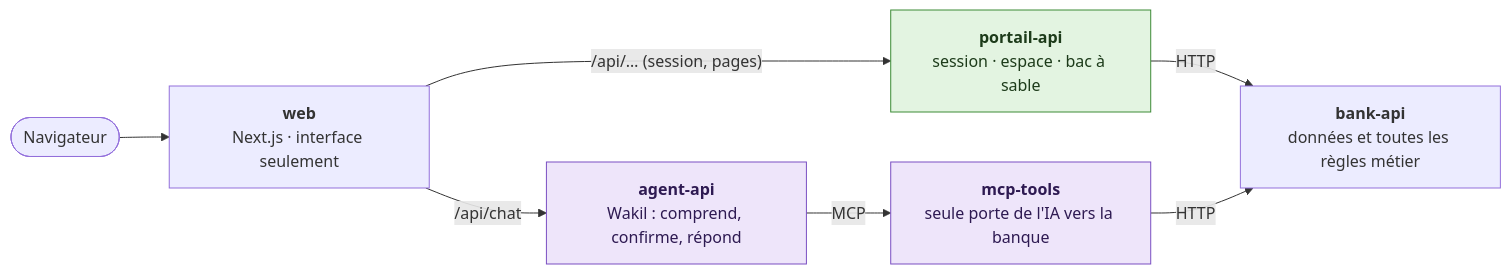
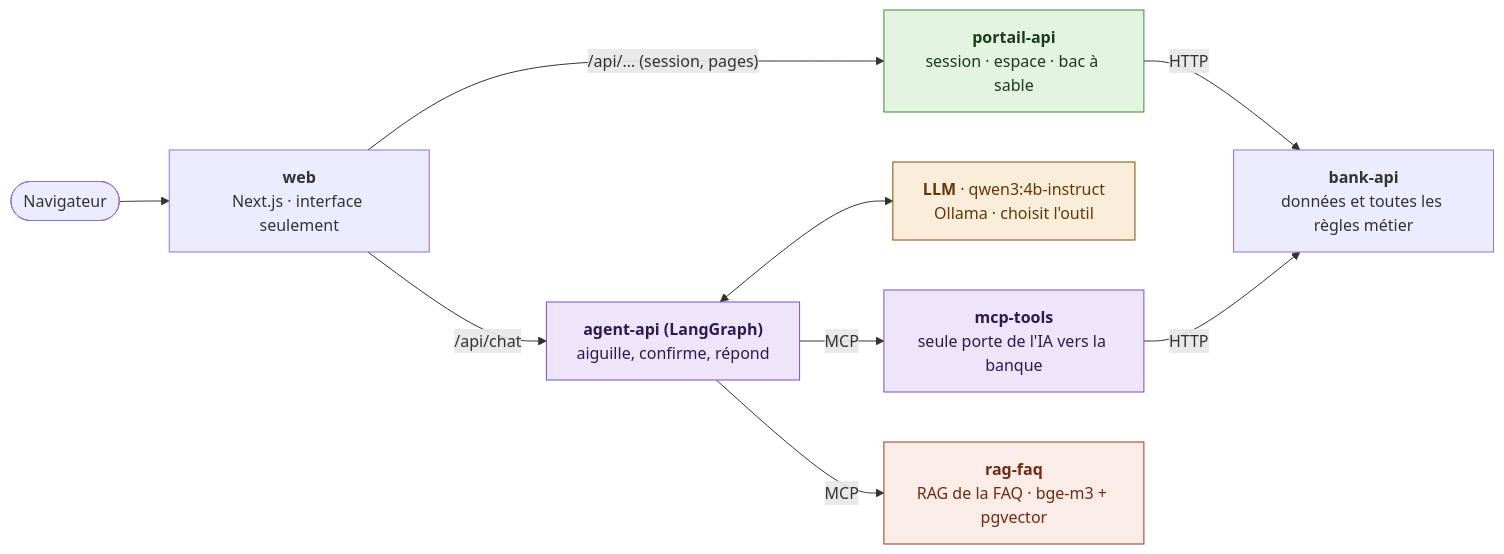
One commit to Oumaima-Lg/wakil changed the diagram in README.md. Above: the diagram before and after it, drawn with Mermaid. The commit also changed other lines of this file and 35 other files, not shown here.

First line of the commit message:
S3 : le RAG de la FAQ devient un service (rag-faq, serveur MCP, base wakil_faq)

````diff
--- a/README.md
+++ b/README.md
@@ -20,14 +20,20 @@
 ```mermaid
 flowchart LR
     nav(["Navigateur"]) --> web["<b>web</b><br/>Next.js · interface seulement"]
     web -- "/api/… (session, pages)" --> portail["<b>portail-api</b><br/>session · espace · bac à sable"]
-    web -- "/api/chat" --> agent["<b>agent-api</b><br/>Wakil : comprend, confirme, répond"]
+    web -- "/api/chat" --> agent["<b>agent-api (LangGraph)</b><br/>aiguille, confirme, répond"]
+    agent <--> llm["<b>LLM</b> · qwen3:4b-instruct<br/>Ollama · choisit l'outil"]
     agent -- MCP --> outils["<b>mcp-tools</b><br/>seule porte de l'IA vers la banque"]
+    agent -- MCP --> faq["<b>rag-faq</b><br/>RAG de la FAQ · bge-m3 + pgvector"]
     portail -- HTTP --> banque["<b>bank-api</b><br/>données et toutes les règles métier"]
     outils -- HTTP --> banque
 
     classDef sansIA fill:#e3f4e1,stroke:#3d8b37,color:#1d3b1a
     classDef ia fill:#eee5fa,stroke:#7a4fc2,color:#2e1a52
+    classDef modele fill:#faeeda,stroke:#854f0b,color:#633806
+    classDef rag fill:#faece7,stroke:#993c1d,color:#712b13
     class portail sansIA
     class agent,outils ia
+    class llm modele
+    class faq rag
 ```
````
